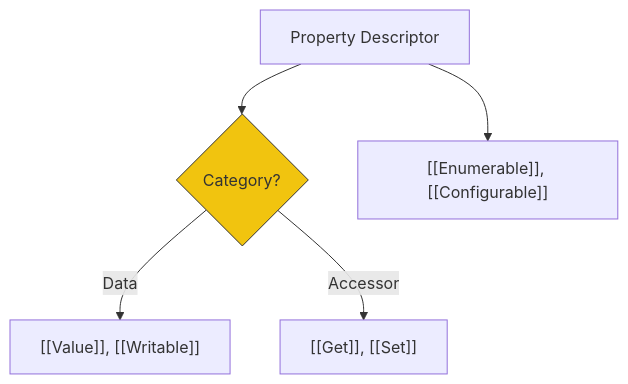
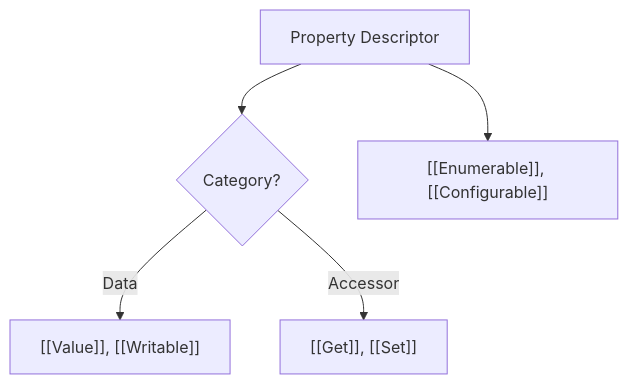
One commit to syahputrawork98-sketch/JavaScript-Learning-Hub changed the diagram in RAK-04-core-specification/SR-02-data-types-and-values/BK-03_SpecificationDataTypes/CH-04_DescriptorsDataBlocks/README.md. Above: the diagram before and after it, drawn with Mermaid. The commit also changed other lines of this file and 30 other files, not shown here.

````diff
--- a/RAK-04-core-specification/SR-02-data-types-and-values/BK-03_SpecificationDataTypes/CH-04_DescriptorsDataBlocks/README.md
+++ b/RAK-04-core-specification/SR-02-data-types-and-values/BK-03_SpecificationDataTypes/CH-04_DescriptorsDataBlocks/README.md
@@ -20,10 +20,8 @@
 ```mermaid
 graph TD
     Desc[Property Descriptor] --> Type{Category?}
     Type -->|Data| DAttr["[[Value]], [[Writable]]"]
     Type -->|Accessor| AAttr["[[Get]], [[Set]]"]
     
     Desc --> Common["[[Enumerable]], [[Configurable]]"]
-    
-    style Type fill:#f1c40f,stroke:#333
 ```
````
